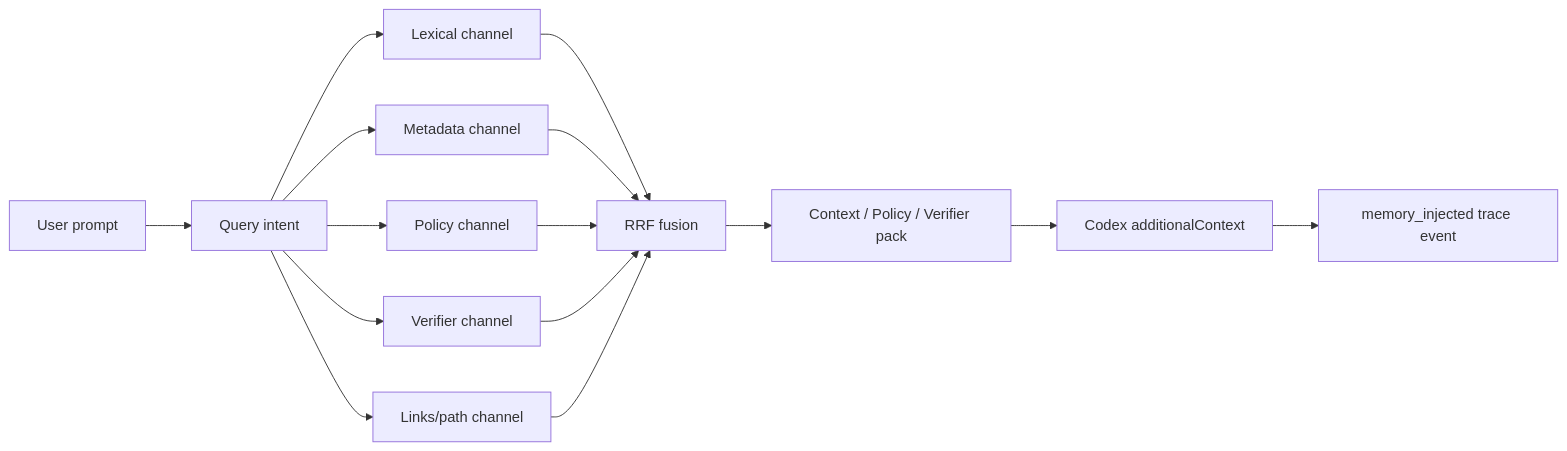
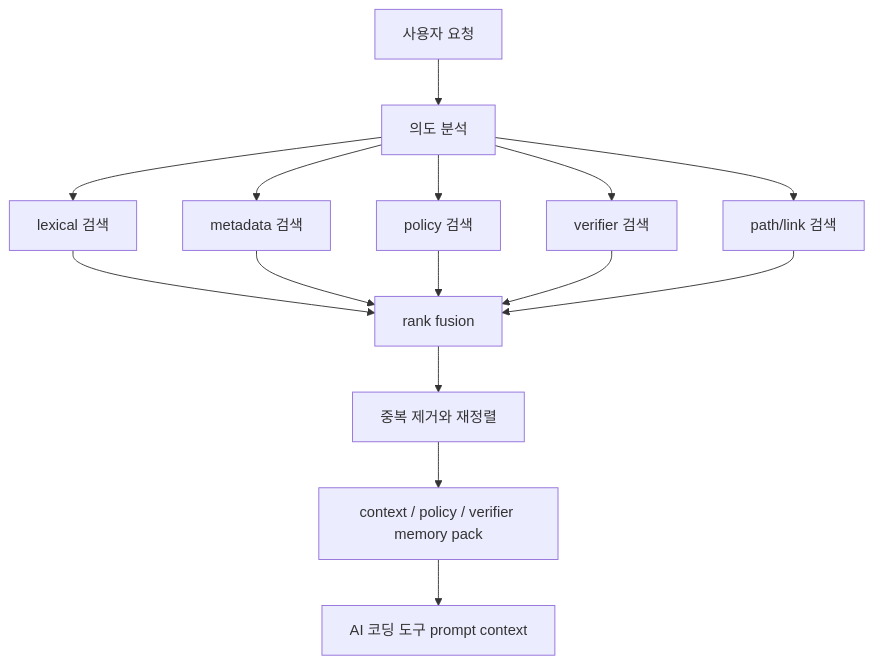
One commit to lteawoo/MemAssist changed the fifth of 8 diagrams in README.md. Above: the diagram before and after it, drawn with Mermaid. The commit also changed other lines of this file and 24 other files, not shown here.

````diff
--- a/README.md
+++ b/README.md
@@ -292,17 +268,17 @@
 ```mermaid
-flowchart LR
-    A[User prompt] --> B[Query intent]
-    B --> C[Lexical channel]
-    B --> D[Metadata channel]
-    B --> E[Policy channel]
-    B --> F[Verifier channel]
-    B --> G[Links/path channel]
-    C --> H[RRF fusion]
+flowchart TD
+    A[사용자 요청] --> B[의도 분석]
+    B --> C[lexical 검색]
+    B --> D[metadata 검색]
+    B --> E[policy 검색]
+    B --> F[verifier 검색]
+    B --> G[path/link 검색]
+    C --> H[rank fusion]
     D --> H
     E --> H
     F --> H
     G --> H
-    H --> I[Context / Policy / Verifier pack]
-    I --> J[Codex additionalContext]
-    J --> K[memory_injected trace event]
+    H --> I[중복 제거와 재정렬]
+    I --> J[context / policy / verifier memory pack]
+    J --> K[AI 코딩 도구 prompt context]
 ```
````
